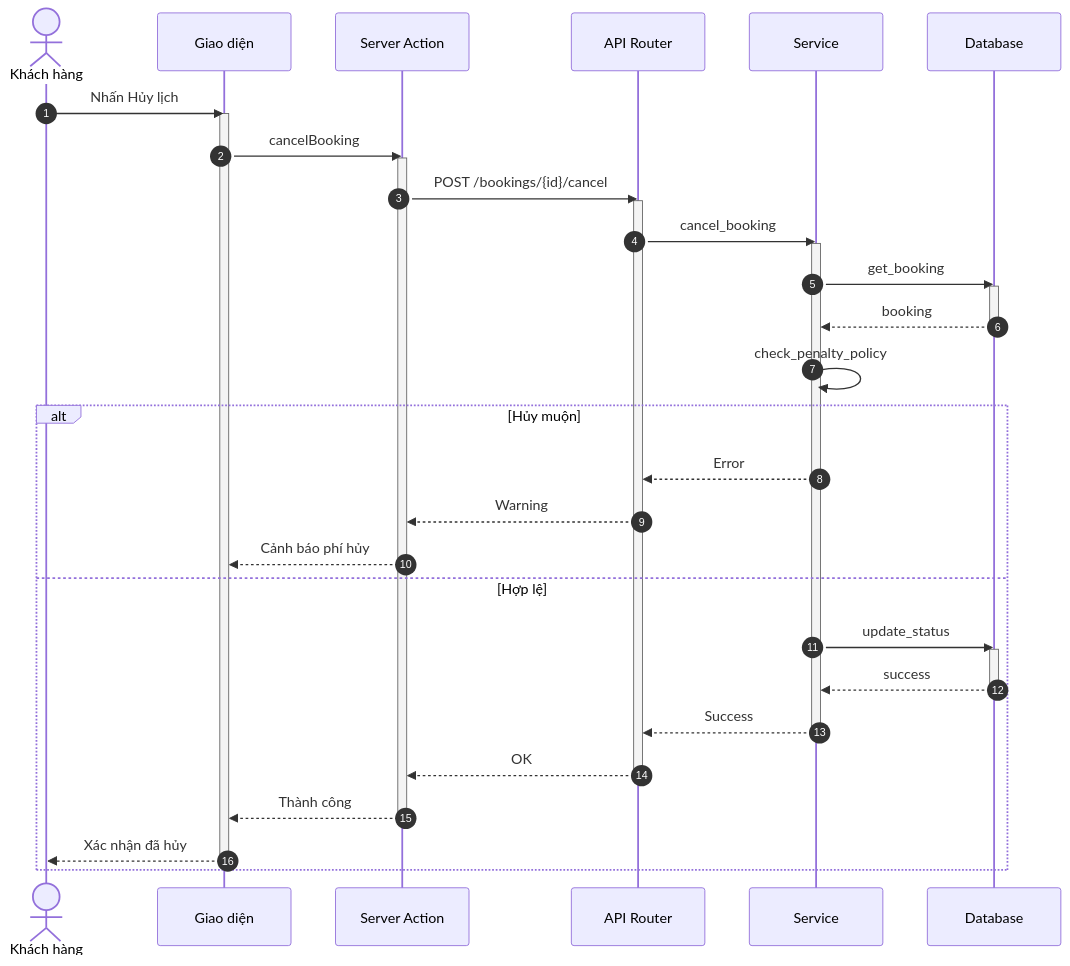
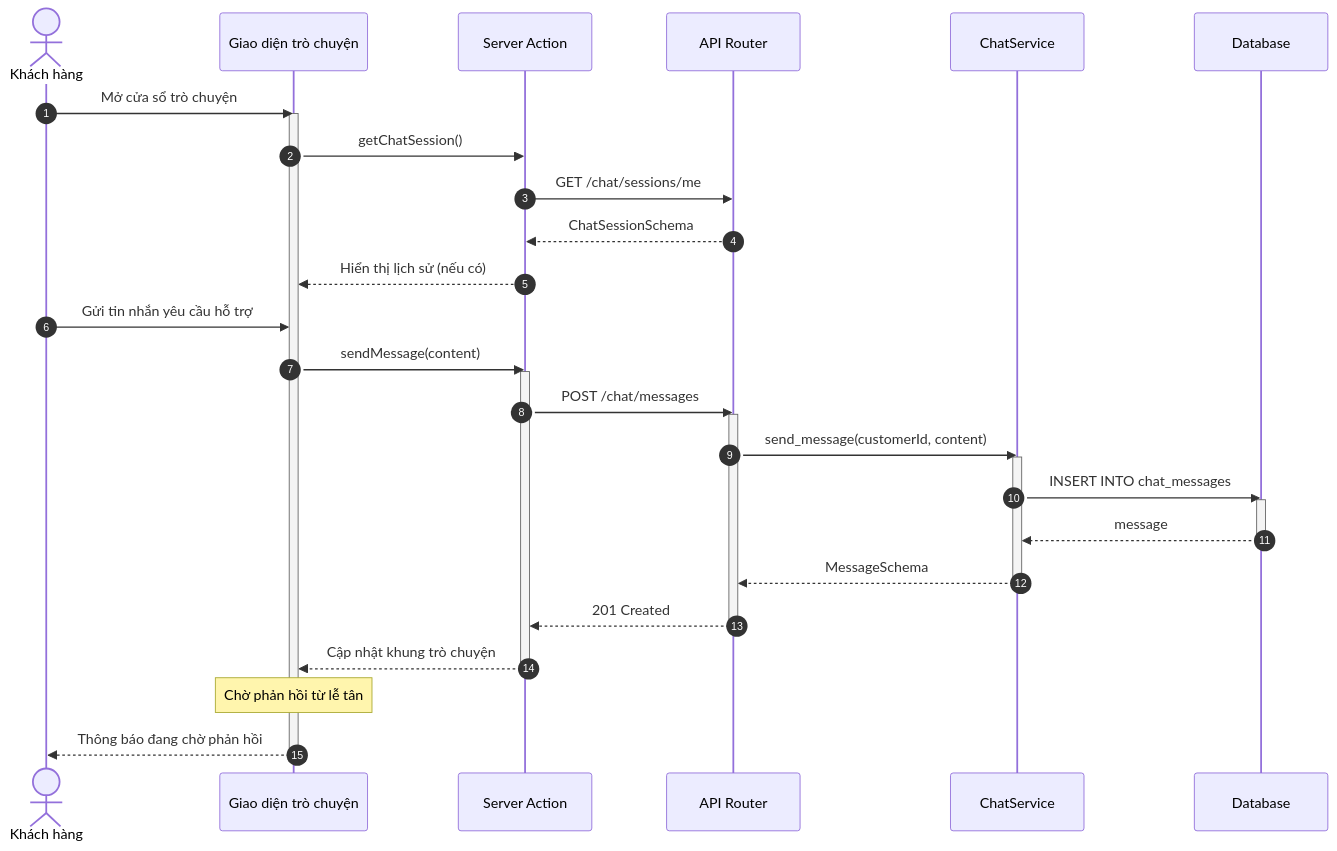
The sixth of 9 diagrams in docs/design/sequences/customer_flows.md (ngoctinn/Synapse), drawn with Mermaid before and after one commit. The commit also changed other lines of this file and 11 other files, not shown here.

Commit message:
docs: Add initial design documentation, including architecture, UI, use cases, and detailed sequence diagrams for various user flows.

````diff
--- a/docs/design/sequences/customer_flows.md
+++ b/docs/design/sequences/customer_flows.md
@@ -268,47 +259,45 @@
 ```mermaid
 sequenceDiagram
     autonumber
     actor KH as Khách hàng
-    participant UI as Giao diện
+    participant UI as Giao diện trò chuyện
     participant BFF as Server Action
     participant API as API Router
-    participant S as Service
+    participant S as ChatService
     participant DB as Database
 
-    KH->>UI: Nhấn Hủy lịch
+    KH->>UI: Mở cửa sổ trò chuyện
     activate UI
-    UI->>BFF: cancelBooking
+    UI->>BFF: getChatSession()
+    BFF->>API: GET /chat/sessions/me
+    API-->>BFF: ChatSessionSchema
+    BFF-->>UI: Hiển thị lịch sử (nếu có)
+
+    KH->>UI: Gửi tin nhắn yêu cầu hỗ trợ
+    UI->>BFF: sendMessage(content)
     activate BFF
 
-    BFF->>API: POST /bookings/{id}/cancel
+    BFF->>API: POST /chat/messages
     activate API
 
-    API->>S: cancel_booking
+    API->>S: send_message(customerId, content)
     activate S
 
-    S->>DB: get_booking
+    S->>DB: INSERT INTO chat_messages
     activate DB
-    DB-->>S: booking
+    DB-->>S: message
     deactivate DB
 
-    S->>S: check_penalty_policy
+    S-->>API: MessageSchema
+    deactivate S
 
-    alt Hủy muộn
-        S-->>API: Error
-        API-->>BFF: Warning
-        BFF-->>UI: Cảnh báo phí hủy
-    else Hợp lệ
-        S->>DB: update_status
-        activate DB
-        DB-->>S: success
-        deactivate DB
-        S-->>API: Success
-        deactivate S
-        API-->>BFF: OK
-        deactivate API
-        BFF-->>UI: Thành công
-        deactivate BFF
-        UI-->>KH: Xác nhận đã hủy
-        deactivate UI
-    end
+    API-->>BFF: 201 Created
+    deactivate API
+
+    BFF-->>UI: Cập nhật khung trò chuyện
+    deactivate BFF
+
+    Note over UI: Chờ phản hồi từ lễ tân
+    UI-->>KH: Thông báo đang chờ phản hồi
+    deactivate UI
 ```
````
